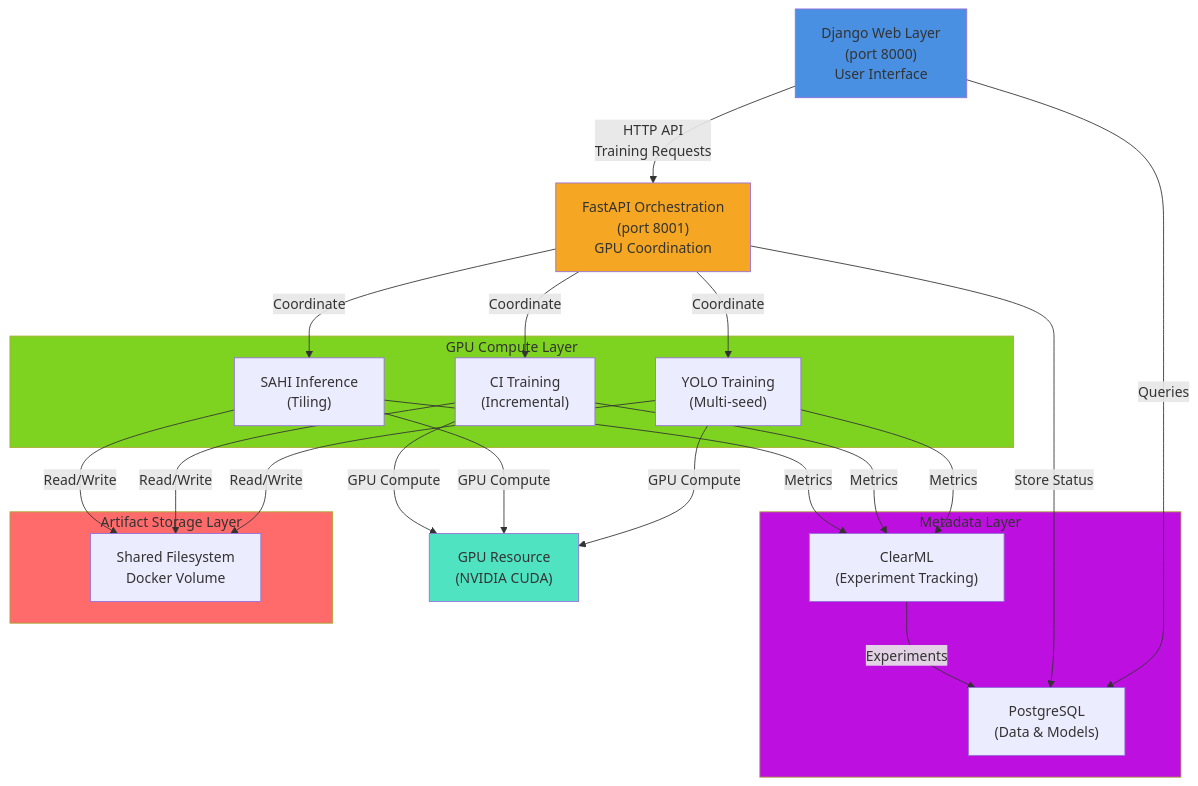
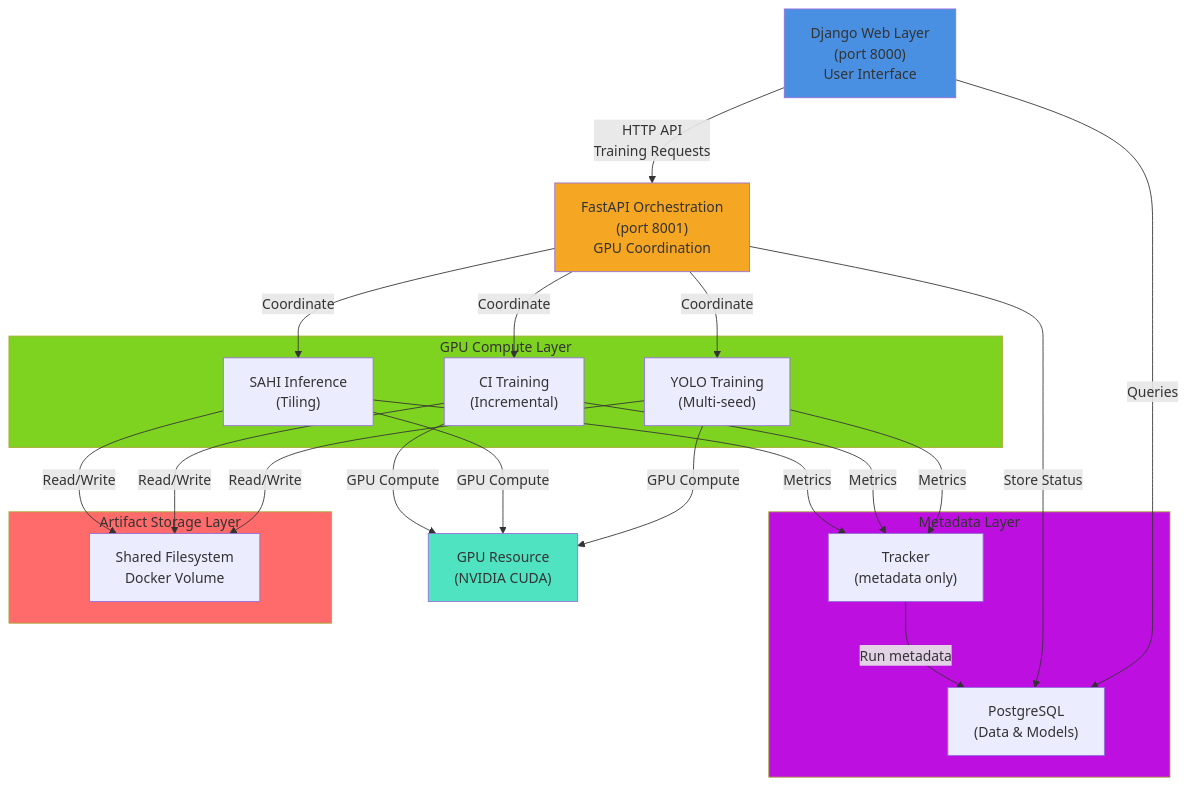
One commit to maaferna/yolo-training-inference-orchestration-architecture changed the diagram in diagrams/architecture-overview.mmd. Above: the diagram before and after it, drawn with Mermaid. The commit also changed 17 other files, not shown here.

```diff
--- a/diagrams/architecture-overview.mmd
+++ b/diagrams/architecture-overview.mmd
@@ -1,48 +1,48 @@
 graph TB
     Django["Django Web Layer<br/>(port 8000)<br/>User Interface"]
     FastAPI["FastAPI Orchestration<br/>(port 8001)<br/>GPU Coordination"]
     
     subgraph Compute["GPU Compute Layer"]
         YOLO["YOLO Training<br/>(Multi-seed)"]
         SAHI["SAHI Inference<br/>(Tiling)"]
         CI["CI Training<br/>(Incremental)"]
     end
     
     subgraph Metadata["Metadata Layer"]
-        ClearML["ClearML<br/>(Experiment Tracking)"]
+        Tracker["Tracker<br/>(metadata only)"]
         PostgreSQL["PostgreSQL<br/>(Data & Models)"]
     end
     
     subgraph Storage["Artifact Storage Layer"]
         SharedFS["Shared Filesystem<br/>Docker Volume"]
     end
     
     GPU["GPU Resource<br/>(NVIDIA CUDA)"]
     
     Django -->|HTTP API<br/>Training Requests| FastAPI
     FastAPI -->|Coordinate| YOLO
     FastAPI -->|Coordinate| SAHI
     FastAPI -->|Coordinate| CI
     
-    YOLO -->|Metrics| ClearML
-    CI -->|Metrics| ClearML
-    SAHI -->|Metrics| ClearML
+    YOLO -->|Metrics| Tracker
+    CI -->|Metrics| Tracker
+    SAHI -->|Metrics| Tracker
     
     YOLO -->|Read/Write| SharedFS
     CI -->|Read/Write| SharedFS
     SAHI -->|Read/Write| SharedFS
     
     Django -->|Queries| PostgreSQL
     FastAPI -->|Store Status| PostgreSQL
-    ClearML -->|Experiments| PostgreSQL
+    Tracker -->|Run metadata| PostgreSQL
     
     YOLO -->|GPU Compute| GPU
     SAHI -->|GPU Compute| GPU
     CI -->|GPU Compute| GPU
     
     style Django fill:#4A90E2
     style FastAPI fill:#F5A623
     style Compute fill:#7ED321
     style Metadata fill:#BD10E0
     style Storage fill:#FF6B6B
     style GPU fill:#50E3C2
```
